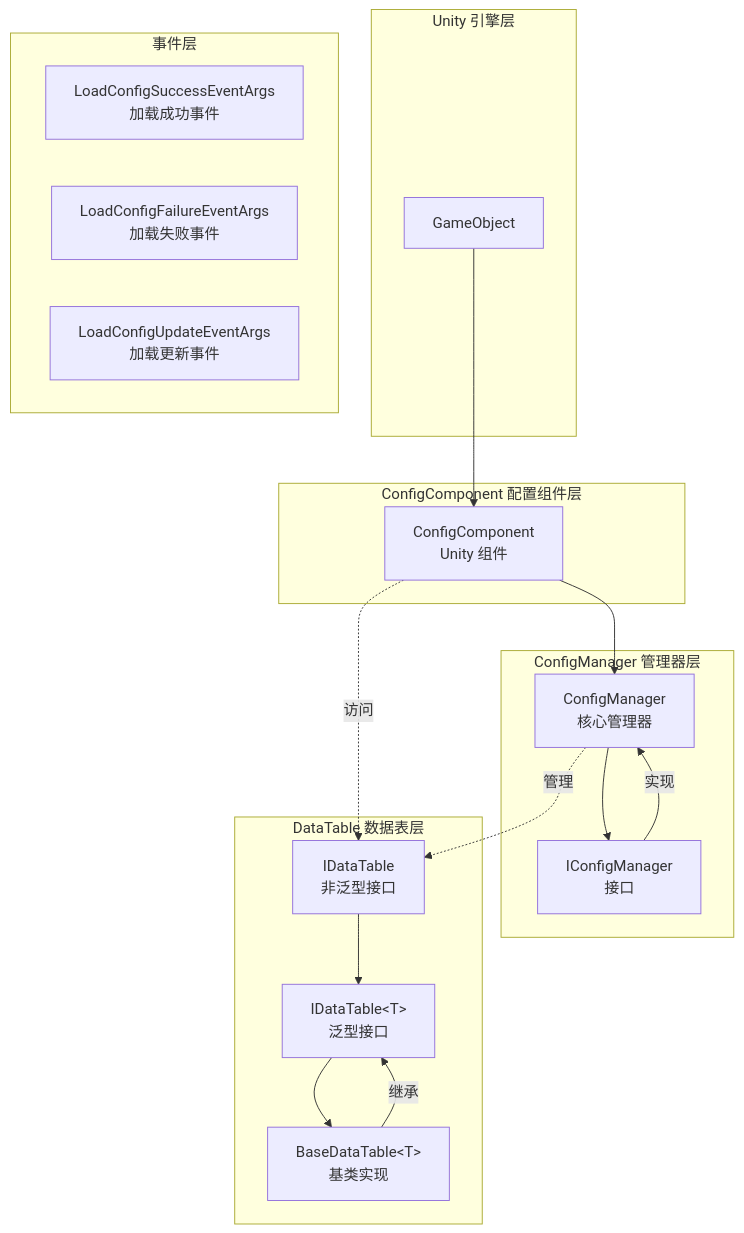
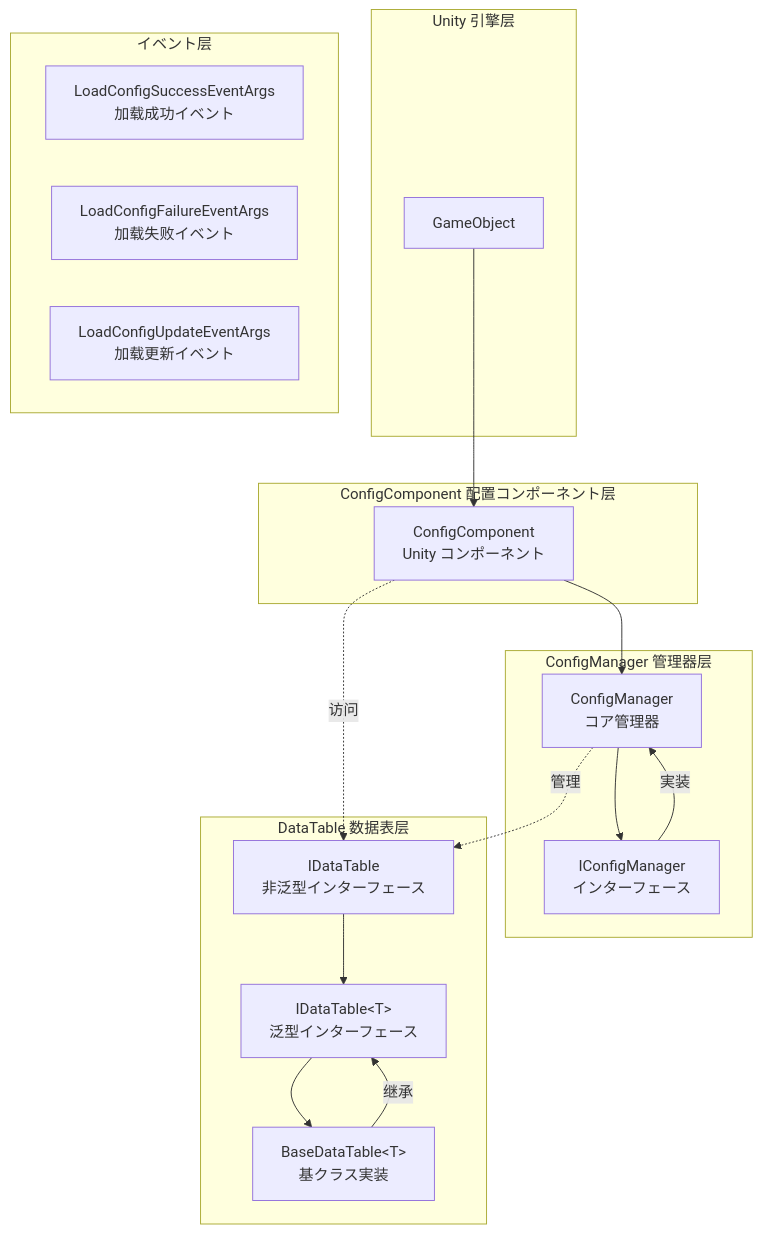
The first of 2 diagrams in docs/ja/client/unity/component/config/04.features.md (AlianBlank/GameFrameX.Docs), drawn with Mermaid before and after one commit. The commit also changed other lines of this file and 603 other files, not shown here.

````diff
--- a/docs/ja/client/unity/component/config/04.features.md
+++ b/docs/ja/client/unity/component/config/04.features.md
@@ -20,38 +20,38 @@
 ```mermaid
 flowchart TD
     subgraph Unity["Unity 引擎层"]
         GameObject[GameObject]
     end
 
-    subgraph ConfigComponent_Layer["ConfigComponent 配置组件层"]
-        CC[ConfigComponent<br/>Unity 组件]
+    subgraph ConfigComponent_Layer["ConfigComponent 配置コンポーネント层"]
+        CC[ConfigComponent<br/>Unity コンポーネント]
     end
 
     subgraph ConfigManager_Layer["ConfigManager 管理器层"]
-        CM[ConfigManager<br/>核心管理器]
-        ICM[IConfigManager<br/>接口]
+        CM[ConfigManager<br/>コア管理器]
+        ICM[IConfigManager<br/>インターフェース]
     end
 
     subgraph DataTable_Layer["DataTable 数据表层"]
-        IDT[IDataTable<br/>非泛型接口]
-        IDTG[IDataTable&lt;T&gt;<br/>泛型接口]
-        BDT[BaseDataTable&lt;T&gt;<br/>基类实现]
+        IDT[IDataTable<br/>非泛型インターフェース]
+        IDTG[IDataTable&lt;T&gt;<br/>泛型インターフェース]
+        BDT[BaseDataTable&lt;T&gt;<br/>基クラス実装]
     end
 
-    subgraph Event_Layer["事件层"]
-        LSE[LoadConfigSuccessEventArgs<br/>加载成功事件]
-        LFE[LoadConfigFailureEventArgs<br/>加载失败事件]
-        LUE[LoadConfigUpdateEventArgs<br/>加载更新事件]
+    subgraph Event_Layer["イベント层"]
+        LSE[LoadConfigSuccessEventArgs<br/>加载成功イベント]
+        LFE[LoadConfigFailureEventArgs<br/>加载失败イベント]
+        LUE[LoadConfigUpdateEventArgs<br/>加载更新イベント]
     end
 
     GameObject --> CC
     CC --> CM
     CM --> ICM
-    ICM -->|实现| CM
+    ICM -->|実装| CM
     IDT --> IDTG
     IDTG --> BDT
     BDT -->|继承| IDTG
 
     CM -.->|管理| IDT
     CC -.->|访问| IDT
 ```
````
